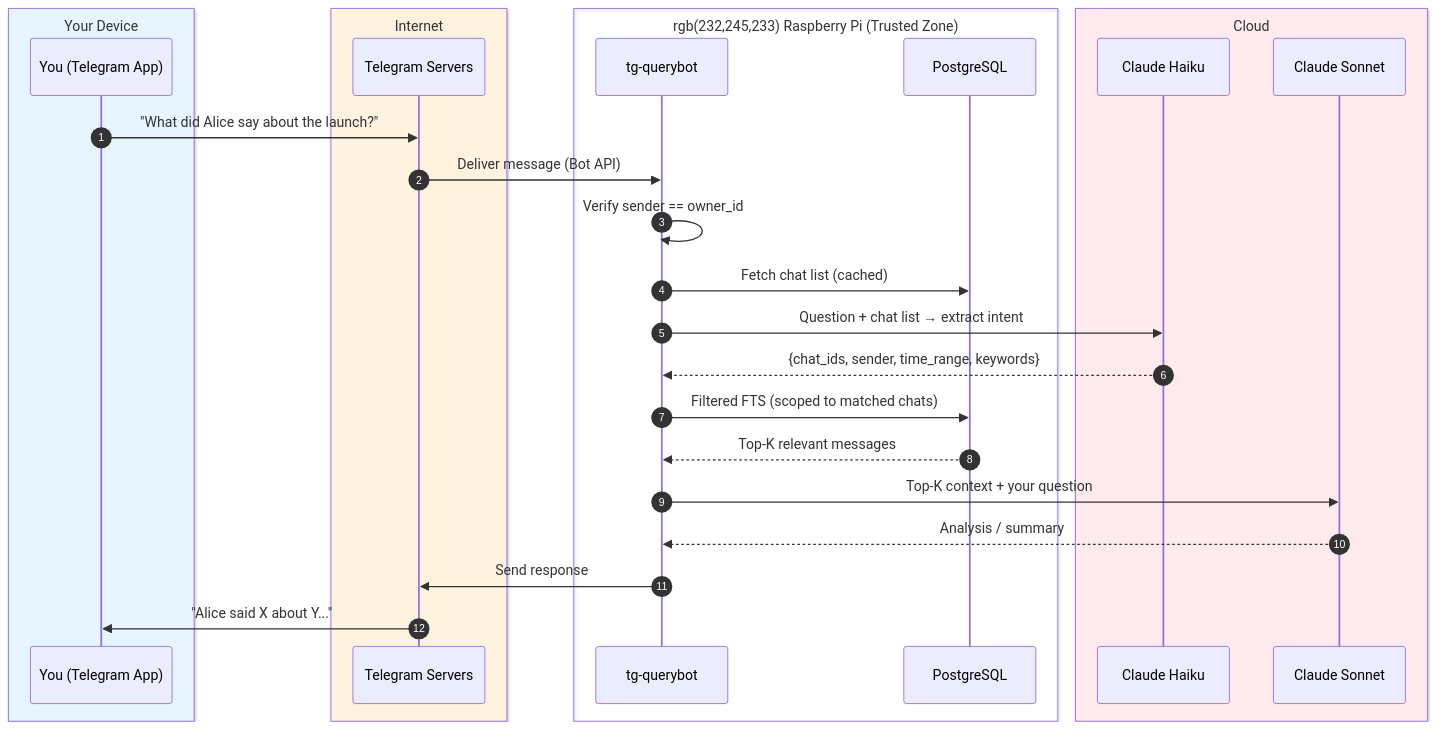
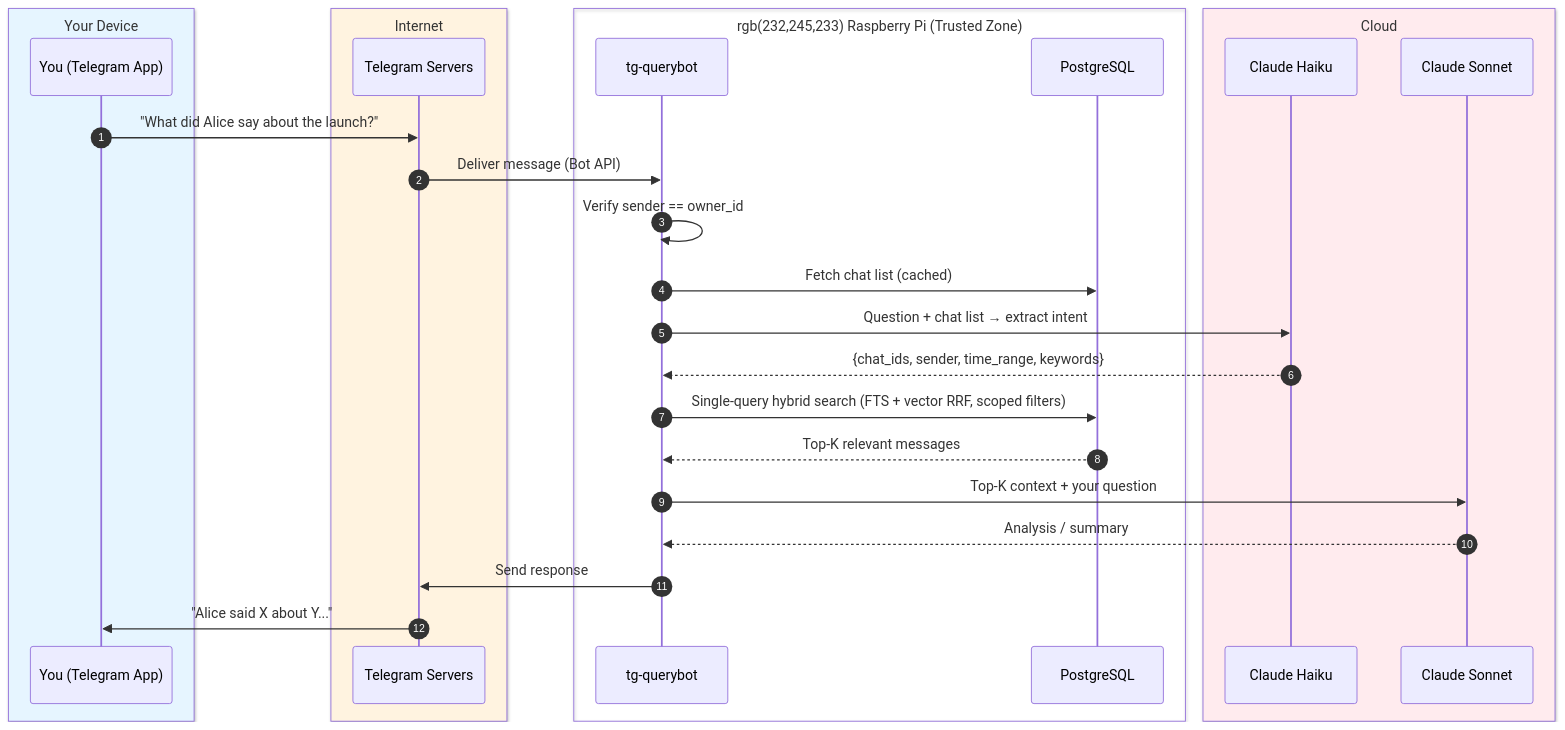
The second of 5 diagrams in README.md (obheda12/telelocal), drawn with Mermaid before and after one commit. The commit also changed other lines of this file and 6 other files, not shown here.

Commit message:
Speed up query path with single-SQL hybrid search

````diff
--- a/README.md
+++ b/README.md
@@ -71,31 +72,31 @@
 ```mermaid
 sequenceDiagram
     autonumber
     box rgb(230,245,255) Your Device
         participant You as You (Telegram App)
     end
     box rgb(255,243,224) Internet
         participant TG as Telegram Servers
     end
     box rgb(232,245,233) Raspberry Pi (Trusted Zone)
         participant Bot as tg-querybot
         participant DB as PostgreSQL
     end
     box rgb(255,235,238) Cloud
         participant Haiku as Claude Haiku
         participant Sonnet as Claude Sonnet
     end
 
     You->>TG: "What did Alice say about the launch?"
     TG->>Bot: Deliver message (Bot API)
     Bot->>Bot: Verify sender == owner_id
     Bot->>DB: Fetch chat list (cached)
     Bot->>Haiku: Question + chat list → extract intent
     Haiku-->>Bot: {chat_ids, sender, time_range, keywords}
-    Bot->>DB: Filtered FTS (scoped to matched chats)
+    Bot->>DB: Single-query hybrid search (FTS + vector RRF, scoped filters)
     DB-->>Bot: Top-K relevant messages
     Bot->>Sonnet: Top-K context + your question
     Sonnet-->>Bot: Analysis / summary
     Bot->>TG: Send response
     TG->>You: "Alice said X about Y..."
 ```
````
